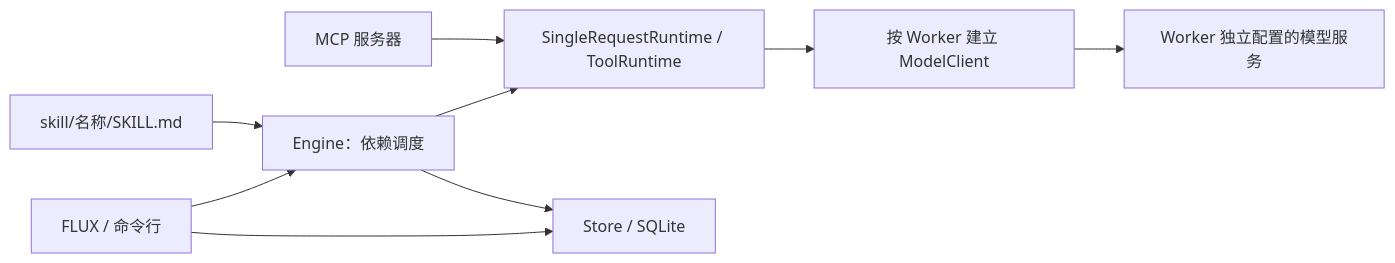
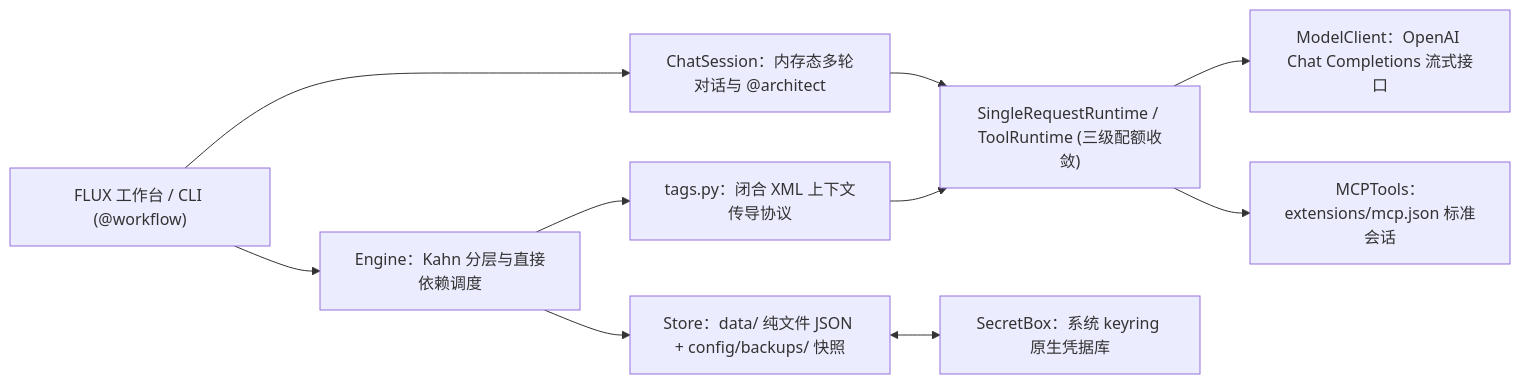
Before and after one commit to zih19964-commits/CTFLOW: the diagram in docs/实现说明.md, drawn with Mermaid. The commit also changed other lines of this file and 8 other files, not shown here.

````diff
--- a/docs/实现说明.md
+++ b/docs/实现说明.md
@@ -5,11 +5,12 @@
 ```mermaid
 flowchart LR
-    UI[FLUX / 命令行] --> E[Engine：依赖调度]
-    E --> R[SingleRequestRuntime / ToolRuntime]
-    R --> P[按 Worker 建立 ModelClient]
-    P --> Q[Worker 独立配置的模型服务]
-    UI --> S[Store / SQLite]
-    E --> S
-    K[skill/名称/SKILL.md] --> E
-    M[MCP 服务器] --> R
+    UI["FLUX 工作台 / CLI (@workflow)"] --> E["Engine：Kahn 分层与直接依赖调度"]
+    UI --> C["ChatSession：内存态多轮对话与 @architect"]
+    E --> T["tags.py：闭合 XML 上下文传导协议"]
+    T --> R["SingleRequestRuntime / ToolRuntime (三级配额收敛)"]
+    C --> R
+    R --> P["ModelClient：OpenAI Chat Completions 流式接口"]
+    R --> M["MCPTools：extensions/mcp.json 标准会话"]
+    E --> S["Store：data/ 纯文件 JSON + config/backups/ 快照"]
+    S <--> K["SecretBox：系统 keyring 原生凭据库"]
 ```
````
